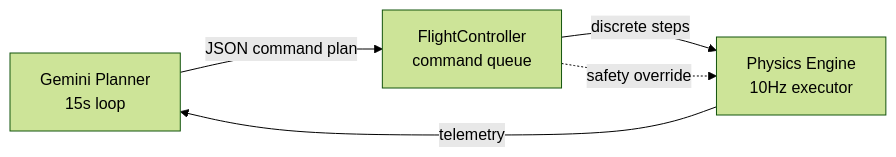
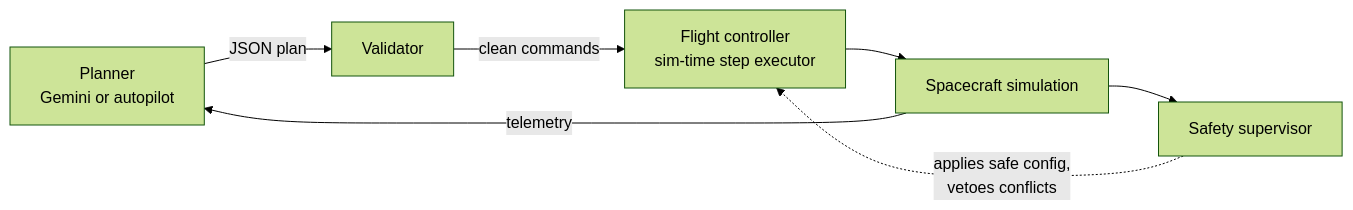
Before and after one commit to jmgreat-bit/orbitguard: the diagram in README.md, drawn with Mermaid (forest theme). The commit also changed other lines of this file and 59 other files, not shown here.

````diff
--- a/README.md
+++ b/README.md
@@ -15,7 +11,9 @@
 ```mermaid
 graph LR
-    A[Gemini Planner<br/>15s loop] -->|JSON command plan| B[FlightController<br/>command queue]
-    B -->|discrete steps| C[Physics Engine<br/>10Hz executor]
-    C -->|telemetry| A
-    B -.->|safety override| C
+    P[Planner<br/>Gemini or autopilot] -->|JSON plan| V[Validator]
+    V -->|clean commands| FC[Flight controller<br/>sim-time step executor]
+    FC --> SAT[Spacecraft simulation]
+    SUP[Safety supervisor] -.->|applies safe config,<br/>vetoes conflicts| FC
+    SAT -->|telemetry| P
+    SAT --> SUP
 ```
````
